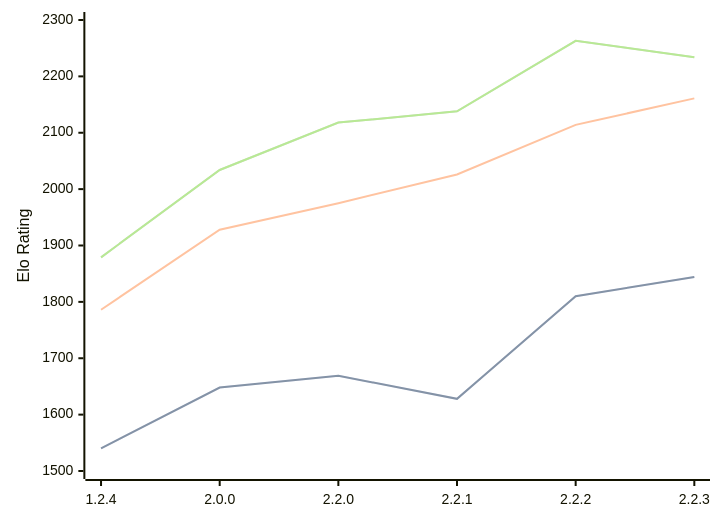
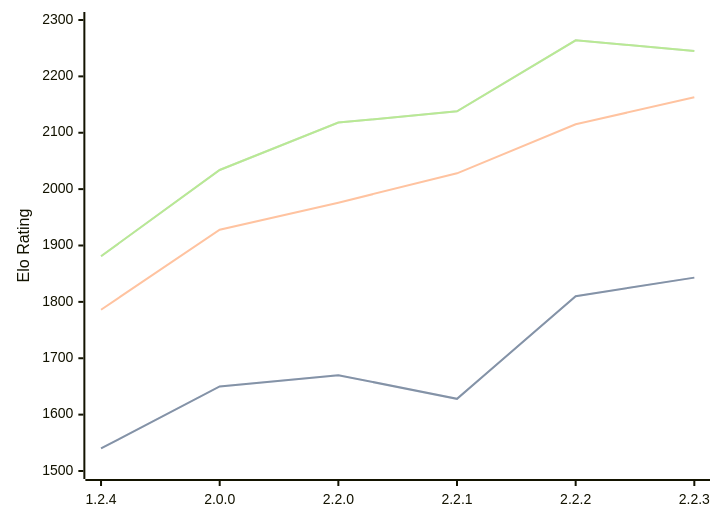
Before and after one commit to computer-chess-index/cci: the diagram in engines/Kreveta.md, drawn with Mermaid. The commit also changed other lines of this file, not shown here.

Commit message:
Update CCI Ratings (ELO VLTC) - 2026-02-20

````diff
--- a/engines/Kreveta.md
+++ b/engines/Kreveta.md
@@ -36,11 +36,11 @@
 ```mermaid
 %%{init: {"theme":"base","themeVariables":{"seriesColors:['#a3a3a3','#222221','#faa371']}}}%%
 xychart-beta
   x-axis ["1.2.4", "2.0.0", "2.2.0", "2.2.1", "2.2.2", "2.2.3"]
   y-axis "Elo Rating" 1500 --> 2300
-  line "STC (8.0+0.08s)" [1540, 1648, 1669, 1628, 1810, 1844]
-  line "STC (8.0+0.08s)" [1540, 1648, 1669, 1628, 1810, 1844]
-  line "LTC (60.0+0.60s)" [1786, 1928, 1975, 2026, 2114, 2161]
-  line "VLTC (2m24s+1.12s)" [1879, 2034, 2118, 2138, 2263, 2234]
-  line "VLTC (2m24s+1.12s)" [1879, 2034, 2118, 2138, 2263, 2234]
+  line "STC (8.0+0.08s)" [1540, 1650, 1670, 1628, 1810, 1843]
+  line "STC (8.0+0.08s)" [1540, 1650, 1670, 1628, 1810, 1843]
+  line "LTC (60.0+0.60s)" [1786, 1928, 1976, 2028, 2115, 2163]
+  line "VLTC (2m24s+1.12s)" [1881, 2034, 2118, 2138, 2264, 2245]
+  line "VLTC (2m24s+1.12s)" [1881, 2034, 2118, 2138, 2264, 2245]
 ```
````
